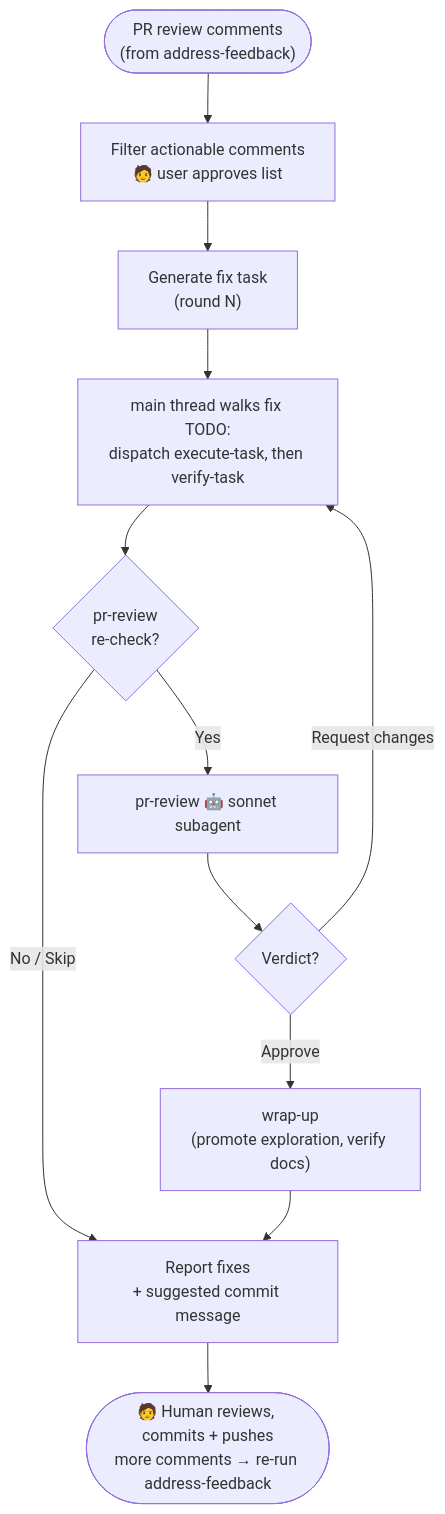
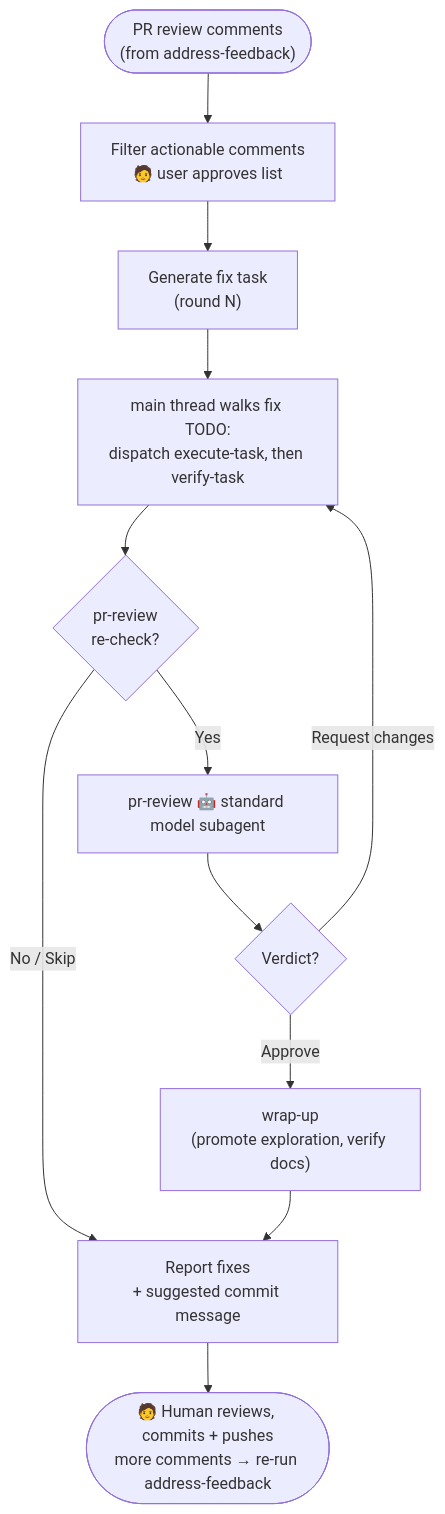
One commit to precise-alloy/ritus changed the fifth of 8 diagrams in docs/WORKFLOW_DIAGRAMS.md. Above: the diagram before and after it, drawn with Mermaid. The commit also changed other lines of this file and 6 other files, not shown here.

````diff
--- a/docs/WORKFLOW_DIAGRAMS.md
+++ b/docs/WORKFLOW_DIAGRAMS.md
@@ -186,14 +186,14 @@
 ```mermaid
 flowchart TD
     Start(["PR review comments\n(from address-feedback)"]) --> AFFilter["Filter actionable comments\n🧑 user approves list"]
     AFFilter --> AFTask["Generate fix task\n(round N)"]
     AFTask --> AFExec["main thread walks fix TODO:\ndispatch execute-task, then verify-task"]
     AFExec --> AFRecheck{"pr-review\nre-check?"}
-    AFRecheck -->|"Yes"| AFReview["pr-review 🤖 sonnet subagent"]
+    AFRecheck -->|"Yes"| AFReview["pr-review 🤖 standard model subagent"]
     AFReview --> AFVerdict{"Verdict?"}
     AFVerdict -->|"Approve"| AFWrapUp["wrap-up\n(promote exploration, verify docs)"]
     AFVerdict -->|"Request changes"| AFExec
     AFRecheck -->|"No / Skip"| AFCommit["Report fixes\n+ suggested commit message"]
     AFWrapUp --> AFCommit
     AFCommit --> AFDone(["🧑 Human reviews, commits + pushes\nmore comments → re-run address-feedback"])
 ```
````
